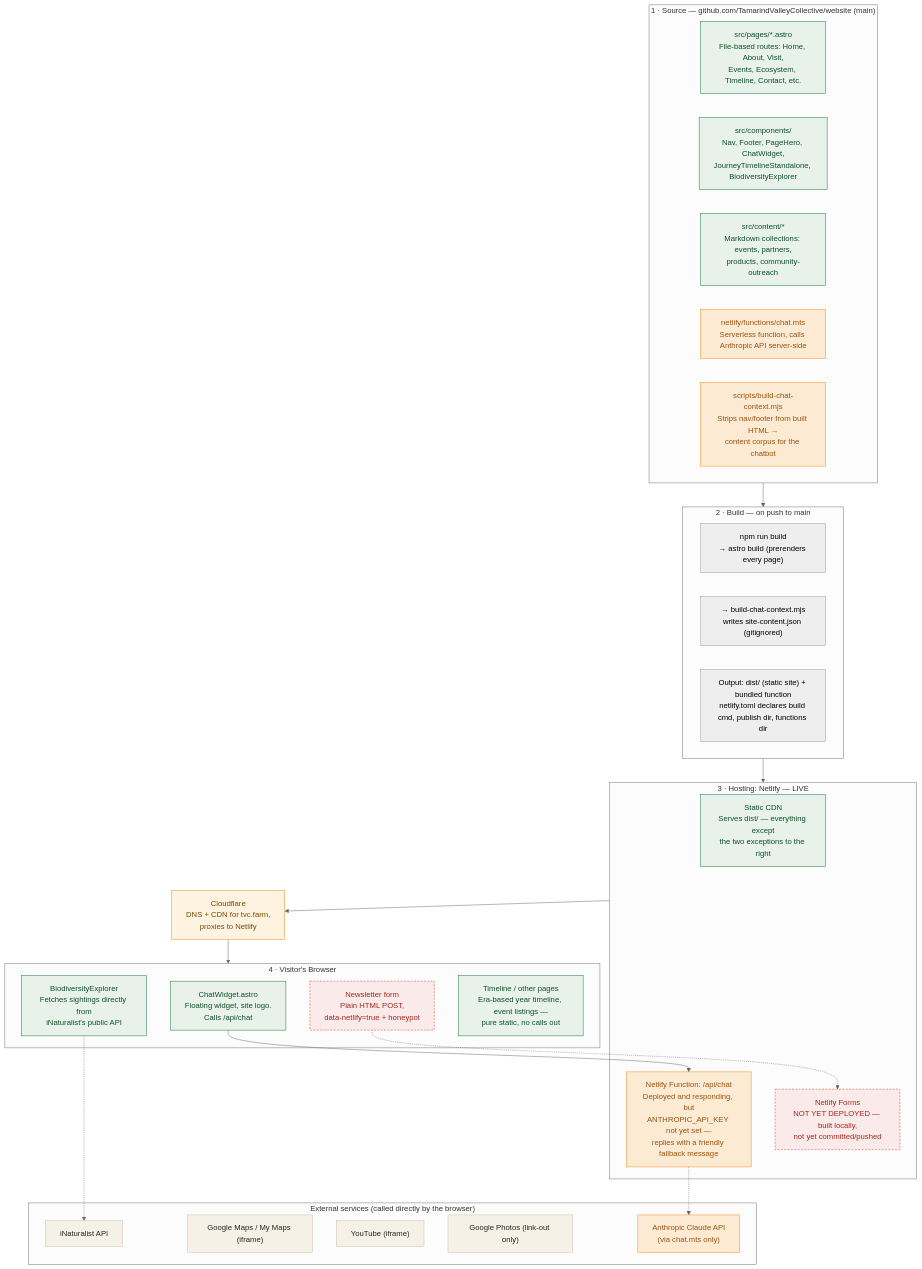
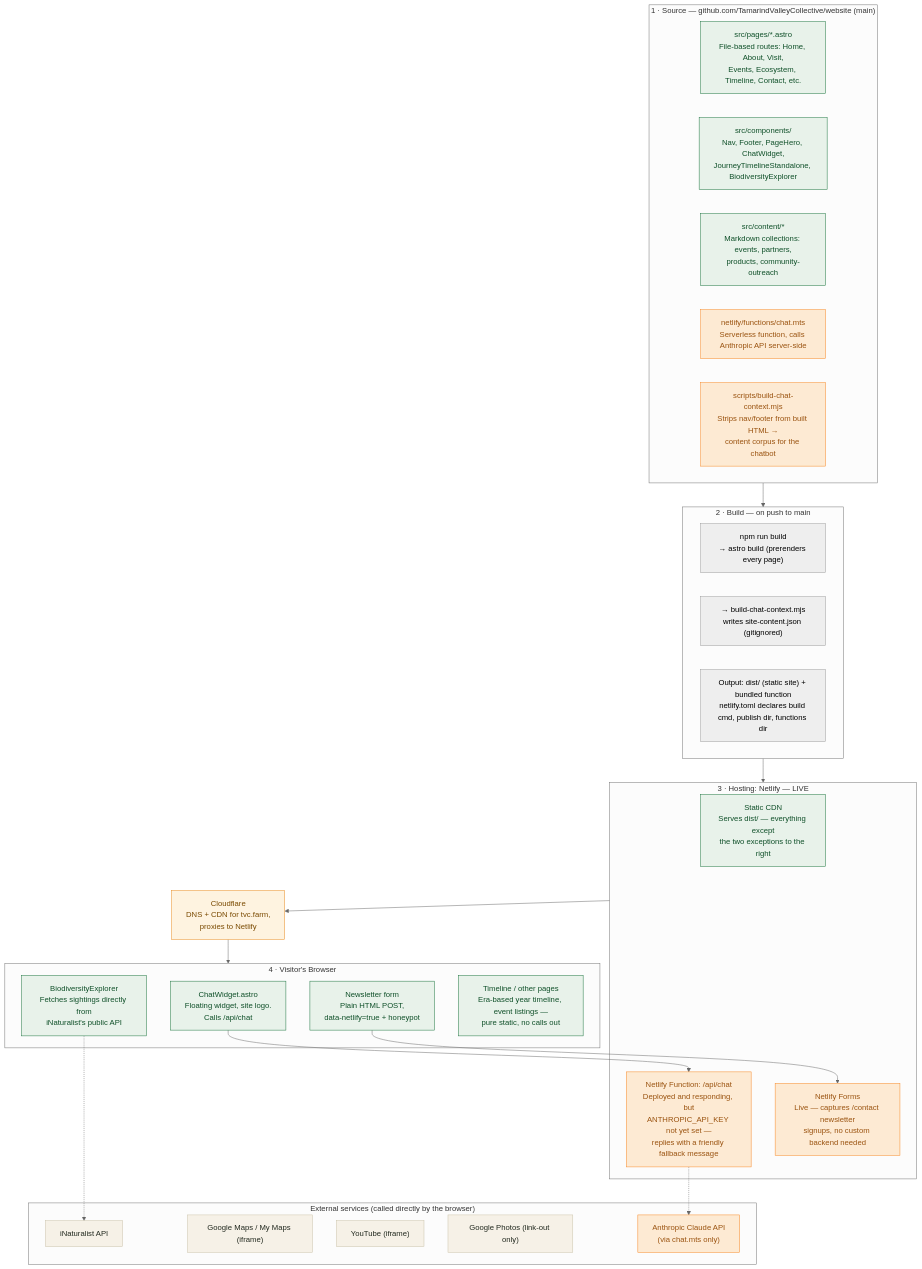
Before and after one commit to TamarindValleyCollective/website: the diagram in ARCHITECTURE.md, drawn with Mermaid (neutral theme). The commit also changed other lines of this file, not shown here.

First line of the commit message:
Update ARCHITECTURE.md: newsletter signup confirmed live

````diff
--- a/ARCHITECTURE.md
+++ b/ARCHITECTURE.md
@@ -19,60 +19,58 @@
 ```mermaid
 flowchart TD
     subgraph SRC["1 · Source — github.com/TamarindValleyCollective/website (main)"]
         PAGES["src/pages/*.astro<br/>File-based routes: Home, About, Visit,<br/>Events, Ecosystem, Timeline, Contact, etc."]
         COMPONENTS["src/components/<br/>Nav, Footer, PageHero, ChatWidget,<br/>JourneyTimelineStandalone, BiodiversityExplorer"]
         CONTENT["src/content/*<br/>Markdown collections: events, partners,<br/>products, community-outreach"]
         FUNC_SRC["netlify/functions/chat.mts<br/>Serverless function, calls Anthropic API server-side"]
         SCRIPT_SRC["scripts/build-chat-context.mjs<br/>Strips nav/footer from built HTML →<br/>content corpus for the chatbot"]
     end
 
     subgraph BUILD["2 · Build — on push to main"]
         B1["npm run build<br/>→ astro build (prerenders every page)"]
         B2["→ build-chat-context.mjs<br/>writes site-content.json (gitignored)"]
         B3["Output: dist/ (static site) + bundled function<br/>netlify.toml declares build cmd, publish dir, functions dir"]
     end
 
     subgraph HOST["3 · Hosting: Netlify — LIVE"]
         CDN["Static CDN<br/>Serves dist/ — everything except<br/>the two exceptions to the right"]
         APIFN["Netlify Function: /api/chat<br/>Deployed and responding, but<br/>ANTHROPIC_API_KEY not yet set —<br/>replies with a friendly fallback message"]
-        FORMS["Netlify Forms<br/>NOT YET DEPLOYED — built locally,<br/>not yet committed/pushed"]
+        FORMS["Netlify Forms<br/>Live — captures /contact newsletter<br/>signups, no custom backend needed"]
     end
 
     CF["Cloudflare<br/>DNS + CDN for tvc.farm,<br/>proxies to Netlify"]
 
     subgraph BROWSER["4 · Visitor's Browser"]
         CHATW["ChatWidget.astro<br/>Floating widget, site logo.<br/>Calls /api/chat"]
         NEWS["Newsletter form<br/>Plain HTML POST,<br/>data-netlify=true + honeypot"]
         BIODIV["BiodiversityExplorer<br/>Fetches sightings directly from<br/>iNaturalist's public API"]
         TIMELINE["Timeline / other pages<br/>Era-based year timeline, event listings —<br/>pure static, no calls out"]
     end
 
     subgraph EXTERNAL["External services (called directly by the browser)"]
         INAT["iNaturalist API"]
         GMAPS["Google Maps / My Maps (iframe)"]
         YT["YouTube (iframe)"]
         GPHOTOS["Google Photos (link-out only)"]
         ANTHROPIC["Anthropic Claude API<br/>(via chat.mts only)"]
     end
 
     SRC --> BUILD
     BUILD --> HOST
     HOST --> CF
     CF --> BROWSER
     BIODIV -.-> INAT
     APIFN -.-> ANTHROPIC
     CHATW --> APIFN
-    NEWS -.-> FORMS
+    NEWS --> FORMS
 
     classDef staticStyle fill:#e8f2ea,stroke:#17723b,color:#0f5029
     classDef netlifyStyle fill:#fdead3,stroke:#f78520,color:#9a5310
     classDef externalStyle fill:#f6f1e7,stroke:#c9c2a8,color:#22291f
-    classDef pendingStyle fill:#fbeaea,stroke:#c0392b,color:#a5281c,stroke-dasharray: 4 3
     classDef cfStyle fill:#fef3e0,stroke:#e8891c,color:#7a4a00
 
-    class PAGES,COMPONENTS,CONTENT,CHATW,BIODIV,TIMELINE,CDN staticStyle
-    class FUNC_SRC,SCRIPT_SRC,APIFN,ANTHROPIC netlifyStyle
+    class PAGES,COMPONENTS,CONTENT,CHATW,NEWS,BIODIV,TIMELINE,CDN staticStyle
+    class FUNC_SRC,SCRIPT_SRC,APIFN,FORMS,ANTHROPIC netlifyStyle
     class INAT,GMAPS,YT,GPHOTOS externalStyle
-    class FORMS,NEWS pendingStyle
     class CF cfStyle
 ```
````
